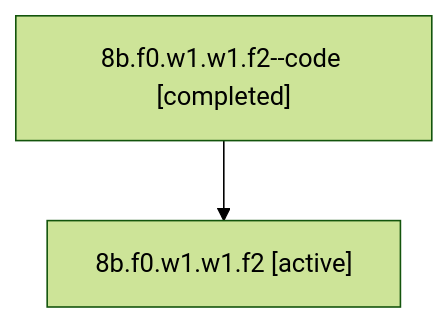
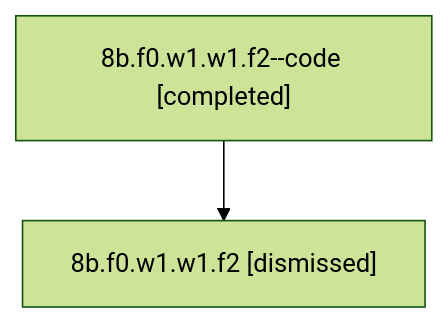
The diagram in sessions/bbugyi200.athena.8b.f0.w1.w1.f2.md (sase-org/sase--agents), drawn with Mermaid (forest theme) before and after one commit. The commit also changed other lines of this file and 33 other files, not shown here.

````diff
--- a/sessions/bbugyi200.athena.8b.f0.w1.w1.f2.md
+++ b/sessions/bbugyi200.athena.8b.f0.w1.w1.f2.md
@@ -9,6 +9,6 @@
 ```mermaid
 flowchart TD
   n0["8b.f0.w1.w1.f2--code [completed]"]
-  n1["8b.f0.w1.w1.f2 [active]"]
+  n1["8b.f0.w1.w1.f2 [dismissed]"]
   n0 --> n1
 ```
````
